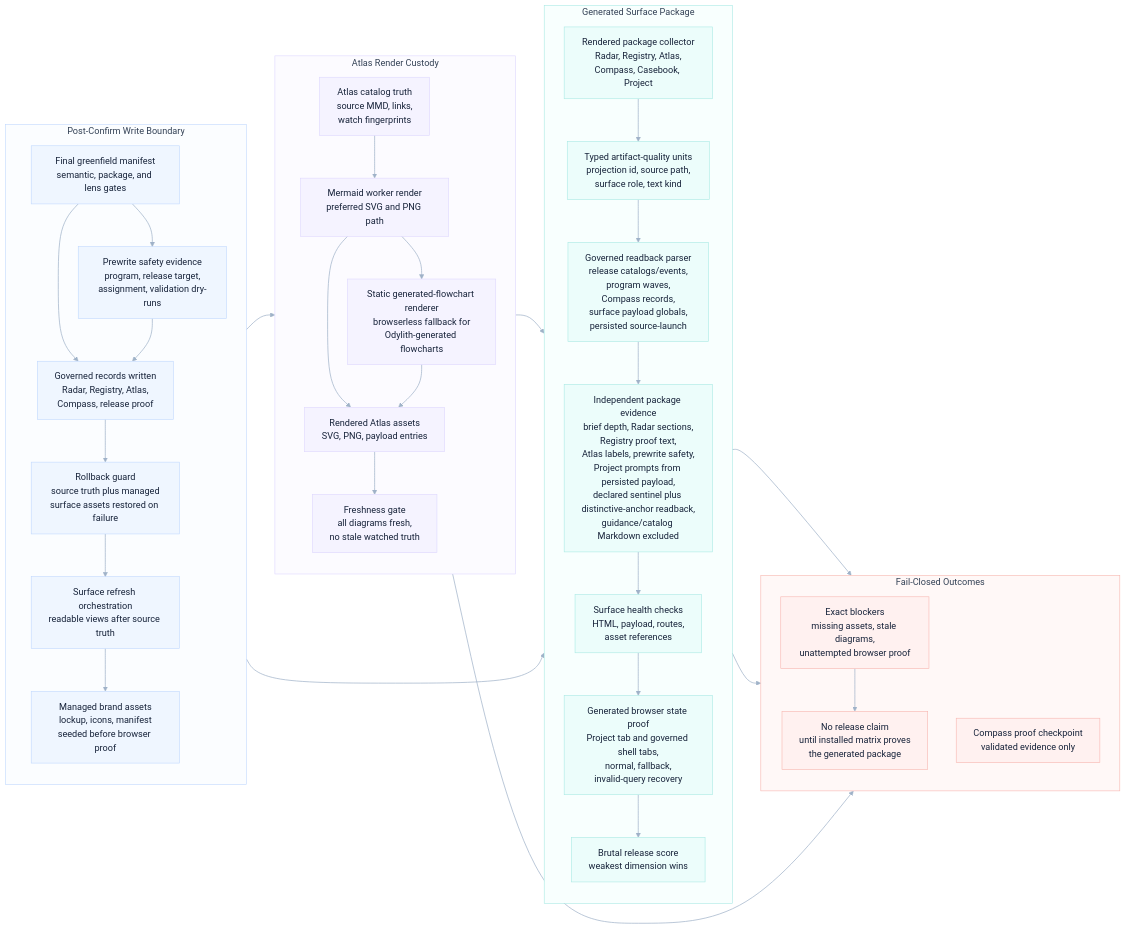
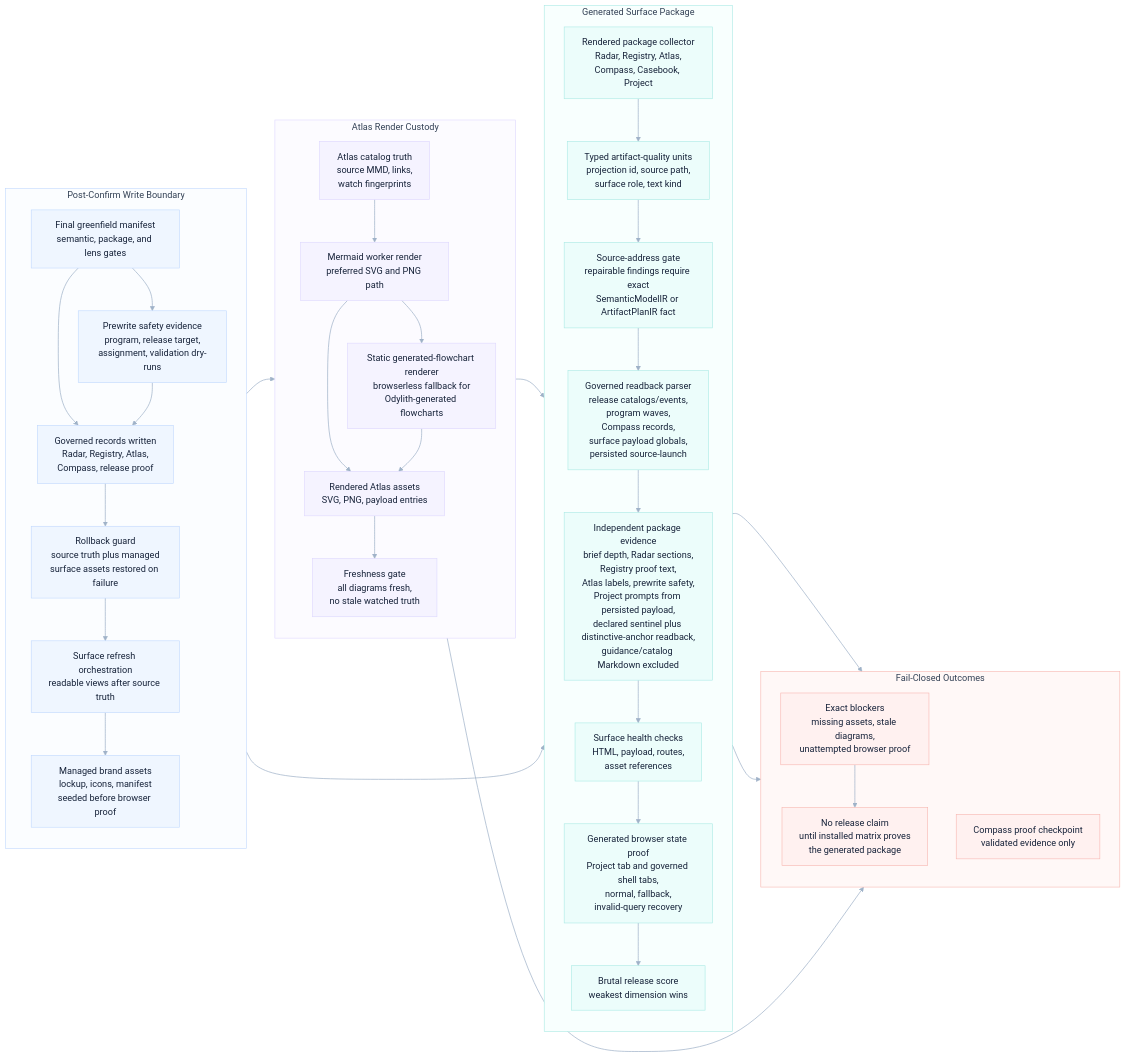
One commit to odylith/odylith changed the diagram in odylith/atlas/source/greenfield-rendered-surface-and-static-atlas-custody.mmd. Above: the diagram before and after it, drawn with Mermaid. The commit also changed 56 other files, not shown here.

```diff
--- a/odylith/atlas/source/greenfield-rendered-surface-and-static-atlas-custody.mmd
+++ b/odylith/atlas/source/greenfield-rendered-surface-and-static-atlas-custody.mmd
@@ -1,77 +1,79 @@
 flowchart LR
     subgraph write_lane["Post-Confirm Write Boundary"]
       direction TB
       final_manifest["Final greenfield manifest<br/>semantic, package, and lens gates"]
       prewrite_safety["Prewrite safety evidence<br/>program, release target,<br/>assignment, validation dry-runs"]
       governed_write["Governed records written<br/>Radar, Registry, Atlas,<br/>Compass, release proof"]
       rollback_guard["Rollback guard<br/>source truth plus managed<br/>surface assets restored on failure"]
       dashboard_refresh["Surface refresh orchestration<br/>readable views after source truth"]
       brand_assets["Managed brand assets<br/>lockup, icons, manifest<br/>seeded before browser proof"]
     end
 
     subgraph atlas_lane["Atlas Render Custody"]
       direction TB
       catalog_truth["Atlas catalog truth<br/>source MMD, links,<br/>watch fingerprints"]
       mermaid_worker["Mermaid worker render<br/>preferred SVG and PNG path"]
       static_renderer["Static generated-flowchart renderer<br/>browserless fallback for<br/>Odylith-generated flowcharts"]
       rendered_assets["Rendered Atlas assets<br/>SVG, PNG, payload entries"]
       freshness_gate["Freshness gate<br/>all diagrams fresh,<br/>no stale watched truth"]
     end
 
     subgraph surface_lane["Generated Surface Package"]
       direction TB
       rendered_package["Rendered package collector<br/>Radar, Registry, Atlas,<br/>Compass, Casebook, Project"]
       typed_units["Typed artifact-quality units<br/>projection id, source path,<br/>surface role, text kind"]
+      source_address_gate["Source-address gate<br/>repairable findings require exact<br/>SemanticModelIR or ArtifactPlanIR fact"]
       governed_readback["Governed readback parser<br/>release catalogs/events,<br/>program waves,<br/>Compass records,<br/>surface payload globals,<br/>persisted source-launch"]
       evidence_readback["Independent package evidence<br/>brief depth, Radar sections,<br/>Registry proof text,<br/>Atlas labels, prewrite safety,<br/>Project prompts from persisted payload,<br/>declared sentinel plus distinctive-anchor readback,<br/>guidance/catalog Markdown excluded"]
       surface_health["Surface health checks<br/>HTML, payload, routes,<br/>asset references"]
       browser_state["Generated browser state proof<br/>Project tab and governed shell tabs,<br/>normal, fallback,<br/>invalid-query recovery"]
       hard_score["Brutal release score<br/>weakest dimension wins"]
     end
 
     subgraph blocker_lane["Fail-Closed Outcomes"]
       direction TB
       exact_blockers["Exact blockers<br/>missing assets, stale diagrams,<br/>unattempted browser proof"]
       no_release_claim["No release claim<br/>until installed matrix proves<br/>the generated package"]
       proof_checkpoint["Compass proof checkpoint<br/>validated evidence only"]
     end
 
     final_manifest --> governed_write
     final_manifest --> prewrite_safety
     prewrite_safety --> governed_write
     governed_write --> rollback_guard
     rollback_guard --> dashboard_refresh
     dashboard_refresh --> brand_assets
     brand_assets --> surface_health
     dashboard_refresh --> catalog_truth
     catalog_truth --> mermaid_worker
     mermaid_worker --> rendered_assets
     mermaid_worker --> static_renderer
     static_renderer --> rendered_assets
     rendered_assets --> freshness_gate
     freshness_gate --> rendered_package
     rendered_package --> typed_units
-    typed_units --> governed_readback
+    typed_units --> source_address_gate
+    source_address_gate --> governed_readback
     governed_readback --> evidence_readback
     evidence_readback --> surface_health
     surface_health --> browser_state
     browser_state --> hard_score
     hard_score --> proof_checkpoint
     freshness_gate --> exact_blockers
     surface_health --> exact_blockers
     exact_blockers --> no_release_claim
 
     classDef write fill:#EFF6FF,stroke:#BFD7FE,color:#17233A,stroke-width:1px;
     classDef atlas fill:#F5F3FF,stroke:#DDD6FE,color:#17233A,stroke-width:1px;
     classDef surface fill:#ECFDFB,stroke:#A7E9E3,color:#17233A,stroke-width:1px;
     classDef blocker fill:#FFF1F0,stroke:#F7B4AE,color:#17233A,stroke-width:1px;
     class final_manifest,prewrite_safety,governed_write,rollback_guard,dashboard_refresh,brand_assets write;
     class catalog_truth,mermaid_worker,static_renderer,rendered_assets,freshness_gate atlas;
-    class rendered_package,typed_units,governed_readback,evidence_readback,surface_health,browser_state,hard_score surface;
+    class rendered_package,typed_units,source_address_gate,governed_readback,evidence_readback,surface_health,browser_state,hard_score surface;
     class exact_blockers,no_release_claim,proof_checkpoint blocker;
 
     style write_lane fill:#FBFDFF,stroke:#BFD7FE,stroke-width:1px,color:#334155
     style atlas_lane fill:#FCFBFF,stroke:#DDD6FE,stroke-width:1px,color:#334155
     style surface_lane fill:#F8FFFE,stroke:#A7E9E3,stroke-width:1px,color:#334155
     style blocker_lane fill:#FFF8F7,stroke:#F7B4AE,stroke-width:1px,color:#334155
     linkStyle default stroke:#9FB2C8,stroke-width:1.25px
```
